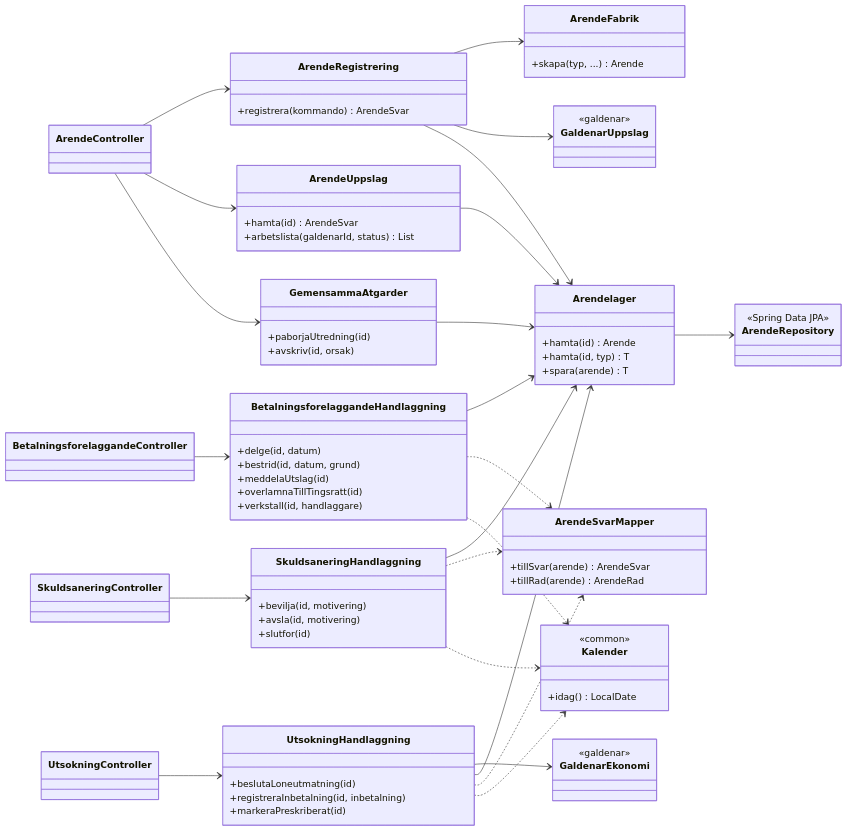
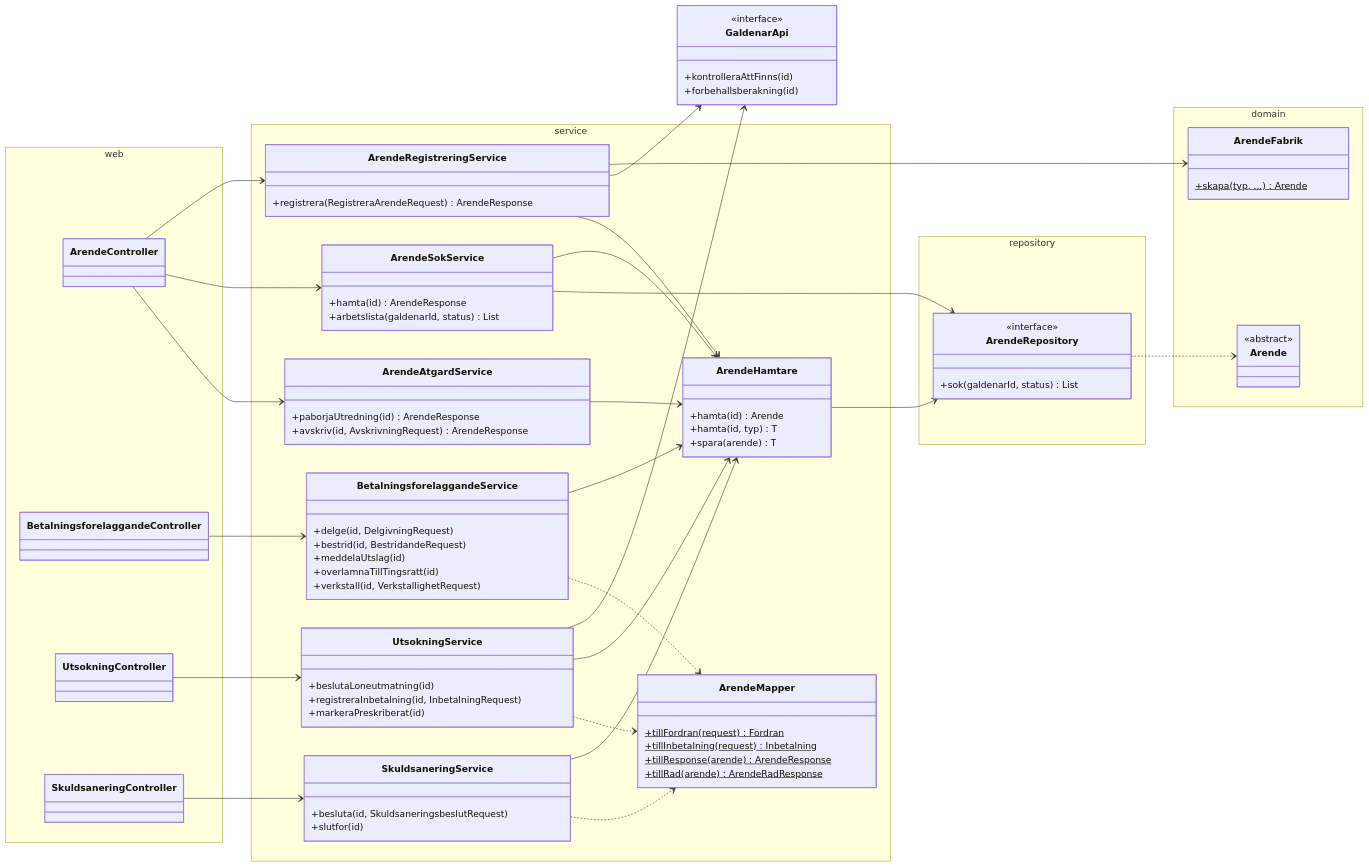
Before and after one commit to JudyTutala95/skuld-handlaggning: the ninth of 14 diagrams in docs/diagram.md, drawn with Mermaid. The commit also changed other lines of this file and 127 other files, not shown here.

First line of the commit message:
Inför lagren controller → service → repository i varje modul

````diff
--- a/docs/diagram.md
+++ b/docs/diagram.md
@@ -345,89 +372,98 @@
 classDiagram
     direction LR
 
-    class ArendeController
-    class BetalningsforelaggandeController
-    class UtsokningController
-    class SkuldsaneringController
-
-    class ArendeRegistrering {
-        +registrera(kommando) ArendeSvar
-    }
-    class ArendeUppslag {
-        +hamta(id) ArendeSvar
-        +arbetslista(galdenarId, status) List
-    }
-    class GemensammaAtgarder {
-        +paborjaUtredning(id)
-        +avskriv(id, orsak)
-    }
-    class BetalningsforelaggandeHandlaggning {
-        +delge(id, datum)
-        +bestrid(id, datum, grund)
-        +meddelaUtslag(id)
-        +overlamnaTillTingsratt(id)
-        +verkstall(id, handlaggare)
-    }
-    class UtsokningHandlaggning {
-        +beslutaLoneutmatning(id)
-        +registreraInbetalning(id, inbetalning)
-        +markeraPreskriberat(id)
-    }
-    class SkuldsaneringHandlaggning {
-        +bevilja(id, motivering)
-        +avsla(id, motivering)
-        +slutfor(id)
+    namespace web {
+        class ArendeController
+        class BetalningsforelaggandeController
+        class UtsokningController
+        class SkuldsaneringController
     }
 
-    class Arendelager {
-        +hamta(id) Arende
-        +hamta(id, typ) T
-        +spara(arende) T
-    }
-    class ArendeFabrik {
-        +skapa(typ, ...) Arende
-    }
-    class ArendeSvarMapper {
-        +tillSvar(arende) ArendeSvar
-        +tillRad(arende) ArendeRad
-    }
-    class ArendeRepository {
-        <<Spring Data JPA>>
-    }
-    class Kalender {
-        <<common>>
-        +idag() LocalDate
-    }
-    class GaldenarUppslag {
-        <<galdenar>>
-    }
-    class GaldenarEkonomi {
-        <<galdenar>>
+    namespace service {
+        class ArendeRegistreringService {
+            +registrera(RegistreraArendeRequest) ArendeResponse
+        }
+        class ArendeSokService {
+            +hamta(id) ArendeResponse
+            +arbetslista(galdenarId, status) List
+        }
+        class ArendeAtgardService {
+            +paborjaUtredning(id) ArendeResponse
+            +avskriv(id, AvskrivningRequest) ArendeResponse
+        }
+        class BetalningsforelaggandeService {
+            +delge(id, DelgivningRequest)
+            +bestrid(id, BestridandeRequest)
+            +meddelaUtslag(id)
+            +overlamnaTillTingsratt(id)
+            +verkstall(id, VerkstallighetRequest)
+        }
+        class UtsokningService {
+            +beslutaLoneutmatning(id)
+            +registreraInbetalning(id, InbetalningRequest)
+            +markeraPreskriberat(id)
+        }
+        class SkuldsaneringService {
+            +besluta(id, SkuldsaneringsbeslutRequest)
+            +slutfor(id)
+        }
+        class ArendeHamtare {
+            +hamta(id) Arende
+            +hamta(id, typ) T
+            +spara(arende) T
+        }
+        class ArendeMapper {
+            +tillFordran(request)$ Fordran
+            +tillInbetalning(request)$ Inbetalning
+            +tillResponse(arende)$ ArendeResponse
+            +tillRad(arende)$ ArendeRadResponse
+        }
     }
 
-    ArendeController --> ArendeRegistrering
-    ArendeController --> ArendeUppslag
-    ArendeController --> GemensammaAtgarder
-    BetalningsforelaggandeController --> BetalningsforelaggandeHandlaggning
-    UtsokningController --> UtsokningHandlaggning
-    SkuldsaneringController --> SkuldsaneringHandlaggning
+    namespace repository {
+        class ArendeRepository {
+            <<interface>>
+            +sok(galdenarId, status) List
+        }
+    }
 
-    ArendeRegistrering --> ArendeFabrik
-    ArendeRegistrering --> GaldenarUppslag
-    UtsokningHandlaggning --> GaldenarEkonomi
+    namespace domain {
+        class ArendeFabrik {
+            +skapa(typ, ...)$ Arende
+        }
+        class Arende {
+            <<abstract>>
+        }
+    }
 
-    ArendeRegistrering --> Arendelager
-    ArendeUppslag --> Arendelager
-    GemensammaAtgarder --> Arendelager
-    BetalningsforelaggandeHandlaggning --> Arendelager
-    UtsokningHandlaggning --> Arendelager
-    SkuldsaneringHandlaggning --> Arendelager
-    Arendelager --> ArendeRepository
+    class GaldenarApi {
+        <<interface>>
+        +kontrolleraAttFinns(id)
+        +forbehallsberakning(id)
+    }
 
-    BetalningsforelaggandeHandlaggning ..> ArendeSvarMapper
-    UtsokningHandlaggning ..> ArendeSvarMapper
-    SkuldsaneringHandlaggning ..> ArendeSvarMapper
-    BetalningsforelaggandeHandlaggning ..> Kalender
-    UtsokningHandlaggning ..> Kalender
-    SkuldsaneringHandlaggning ..> Kalender
+    ArendeController --> ArendeRegistreringService
+    ArendeController --> ArendeSokService
+    ArendeController --> ArendeAtgardService
+    BetalningsforelaggandeController --> BetalningsforelaggandeService
+    UtsokningController --> UtsokningService
+    SkuldsaneringController --> SkuldsaneringService
+
+    ArendeRegistreringService --> ArendeFabrik
+    ArendeRegistreringService --> GaldenarApi
+    UtsokningService --> GaldenarApi
+
+    ArendeRegistreringService --> ArendeHamtare
+    ArendeSokService --> ArendeHamtare
+    ArendeAtgardService --> ArendeHamtare
+    BetalningsforelaggandeService --> ArendeHamtare
+    UtsokningService --> ArendeHamtare
+    SkuldsaneringService --> ArendeHamtare
+    ArendeSokService --> ArendeRepository
+    ArendeHamtare --> ArendeRepository
+    ArendeRepository ..> Arende
+
+    BetalningsforelaggandeService ..> ArendeMapper
+    UtsokningService ..> ArendeMapper
+    SkuldsaneringService ..> ArendeMapper
 ```
````
